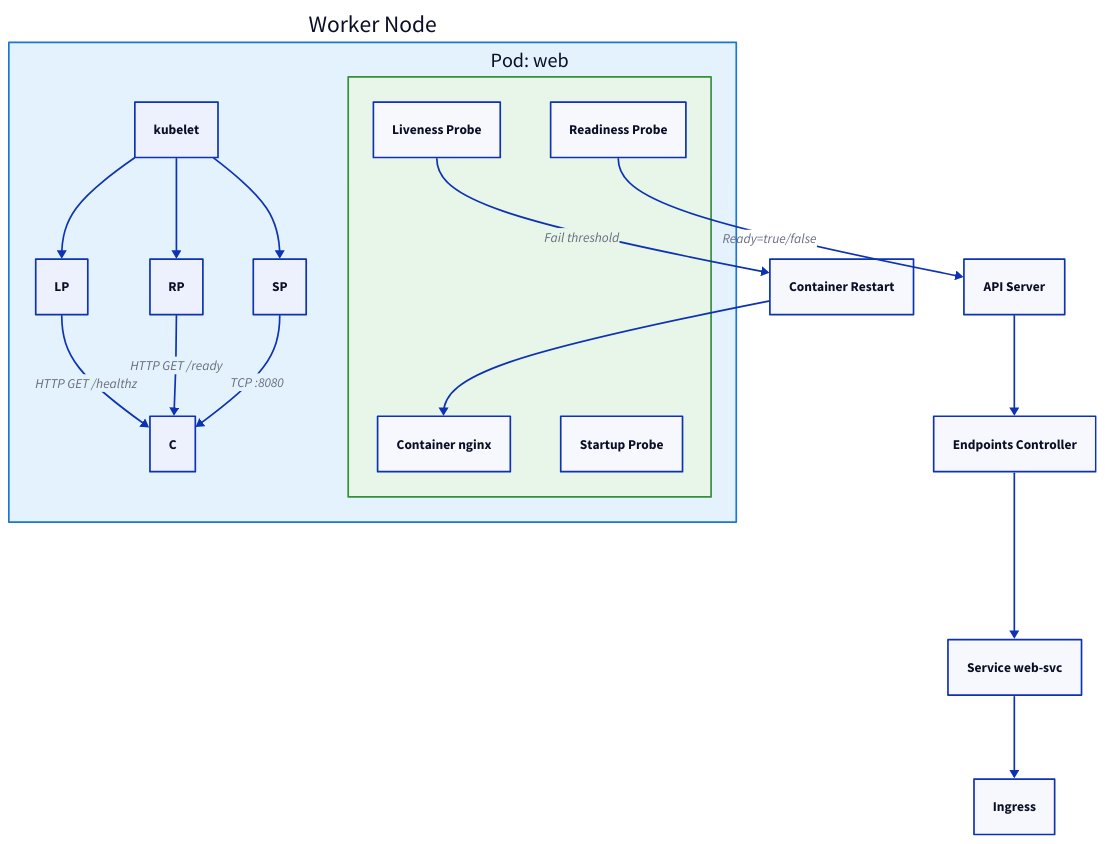
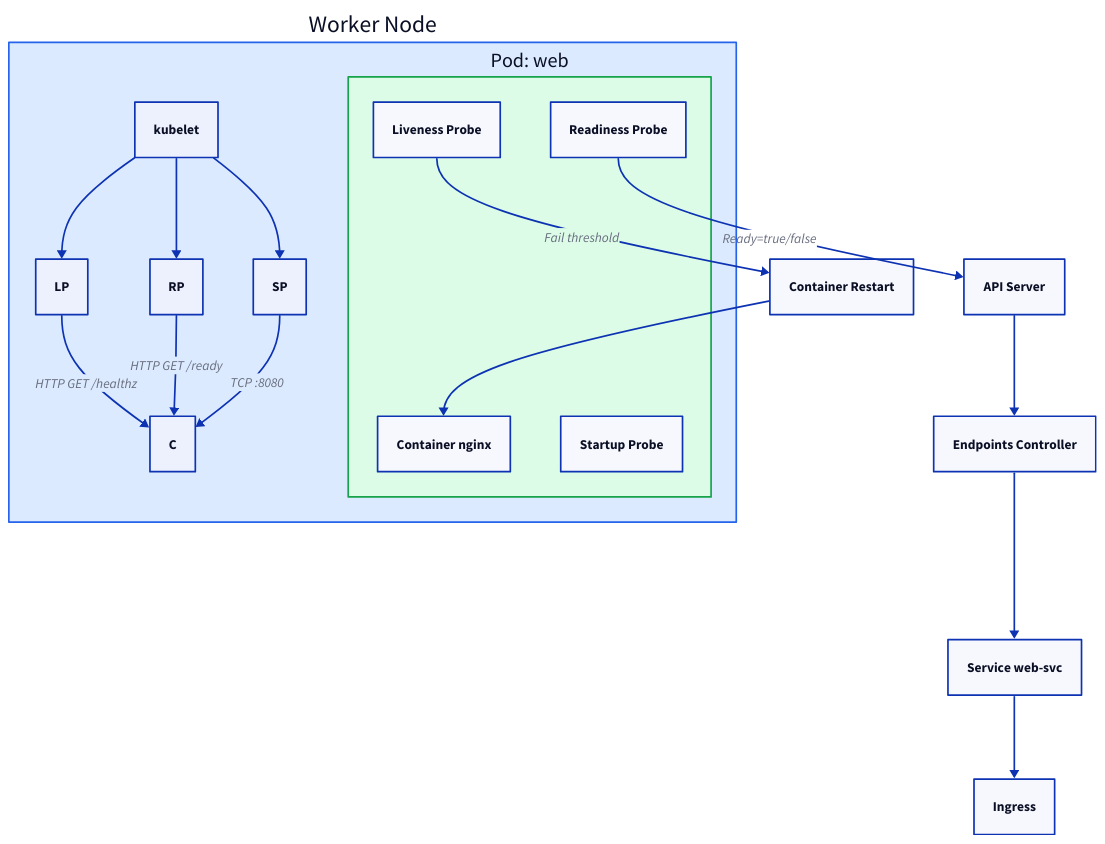
The first of 2 diagrams in docs/kubernetes/health-checks-probes-and-self-healing.md (rebash-rebash/rebash-academy), drawn with D2 before and after one commit. The commit also changed other lines of this file and 177 other files, not shown here.

First line of the commit message:
Ship Terraform track, diagram polish, and new brand favicon.

````diff
--- a/docs/kubernetes/health-checks-probes-and-self-healing.md
+++ b/docs/kubernetes/health-checks-probes-and-self-healing.md
@@ -57,38 +57,38 @@
 ```d2
 direction: down
 
 Node: "Worker Node" {
       style: {
-        fill: "#e3f2fd"
-        stroke: "#1976d2"
+        fill: "#dbeafe"
+        stroke: "#2563eb"
       }
         KL: kubelet
         Pod: "Pod: web" {
           style: {
-            fill: "#e8f5e9"
-            stroke: "#388e3c"
+            fill: "#dcfce7"
+            stroke: "#16a34a"
           }
             C: "Container nginx"
             LP: "Liveness Probe"
             RP: "Readiness Probe"
             SP: "Startup Probe"
         }
         KL -> LP
         KL -> RP
         KL -> SP
         LP -> C: "HTTP GET /healthz"
         RP -> C: "HTTP GET /ready"
         SP -> C: "TCP :8080"
     }
     API: "API Server"
     EP: "Endpoints Controller"
     SVC: "Service web-svc"
     ING: Ingress
     Node.Pod.RP -> API: "Ready=true/false"
     API -> EP
     EP -> SVC
     SVC -> ING
     RESTART: "Container Restart"
     Node.Pod.LP -> RESTART: "Fail threshold"
     RESTART -> Node.Pod.C
 ```
````
